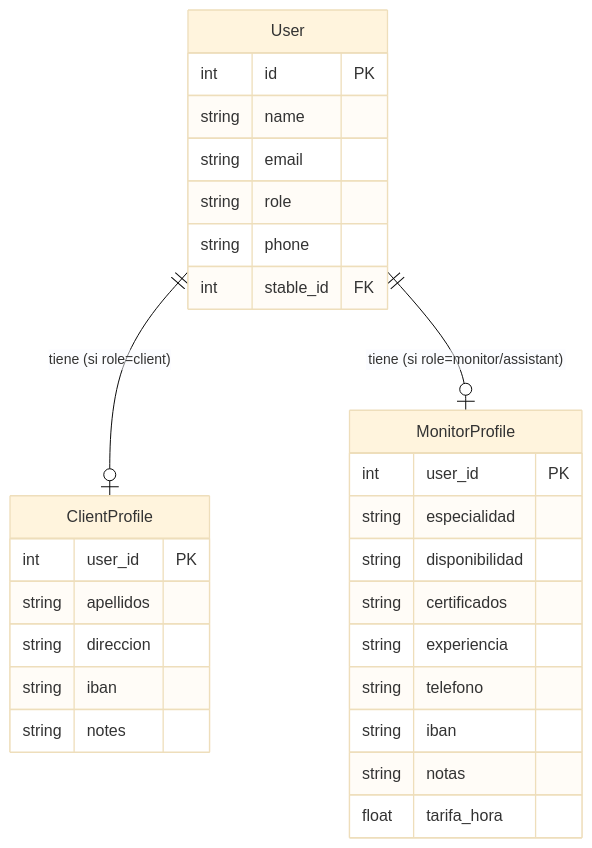
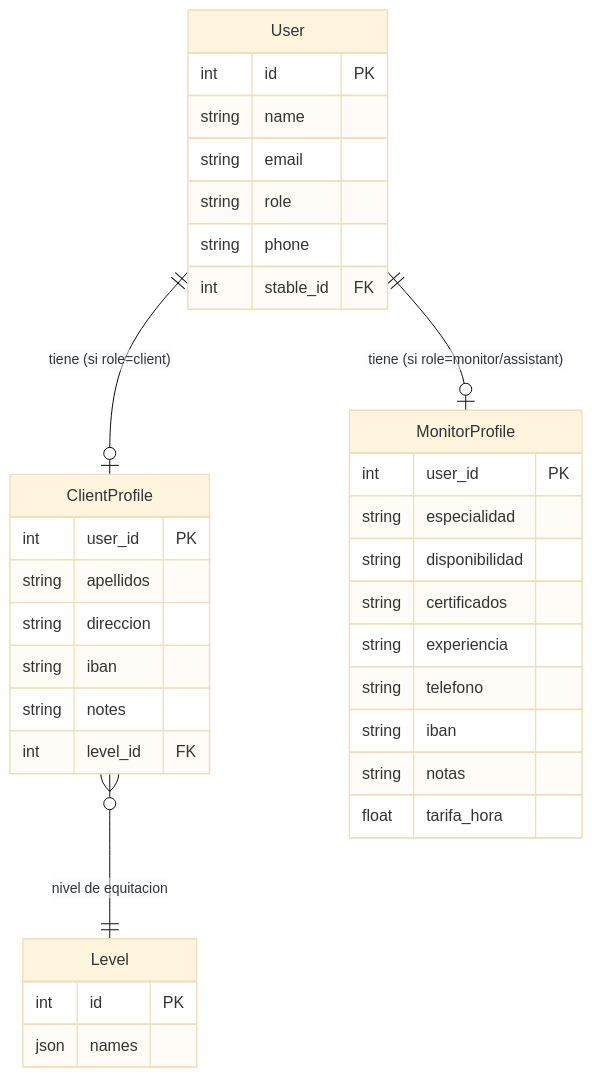
Before and after one commit to Adria82/hipica-backend: the second of 2 diagrams in docs/features/perfiles-extendidos.md, drawn with Mermaid (base theme). The commit also changed other lines of this file and 2 other files, not shown here.

````diff
--- a/docs/features/perfiles-extendidos.md
+++ b/docs/features/perfiles-extendidos.md
@@ -73,32 +166,38 @@
 ```mermaid
 erDiagram
     User {
         int id PK
         string name
         string email
         string role
         string phone
         int stable_id FK
     }
     ClientProfile {
         int user_id PK
         string apellidos
         string direccion
         string iban
         string notes
+        int level_id FK
     }
     MonitorProfile {
         int user_id PK
         string especialidad
         string disponibilidad
         string certificados
         string experiencia
         string telefono
         string iban
         string notas
         float tarifa_hora
     }
+    Level {
+        int id PK
+        json names
+    }
 
     User ||--o| ClientProfile : "tiene (si role=client)"
     User ||--o| MonitorProfile : "tiene (si role=monitor/assistant)"
+    ClientProfile }o--|| Level : "nivel de equitacion"
 ```
````
